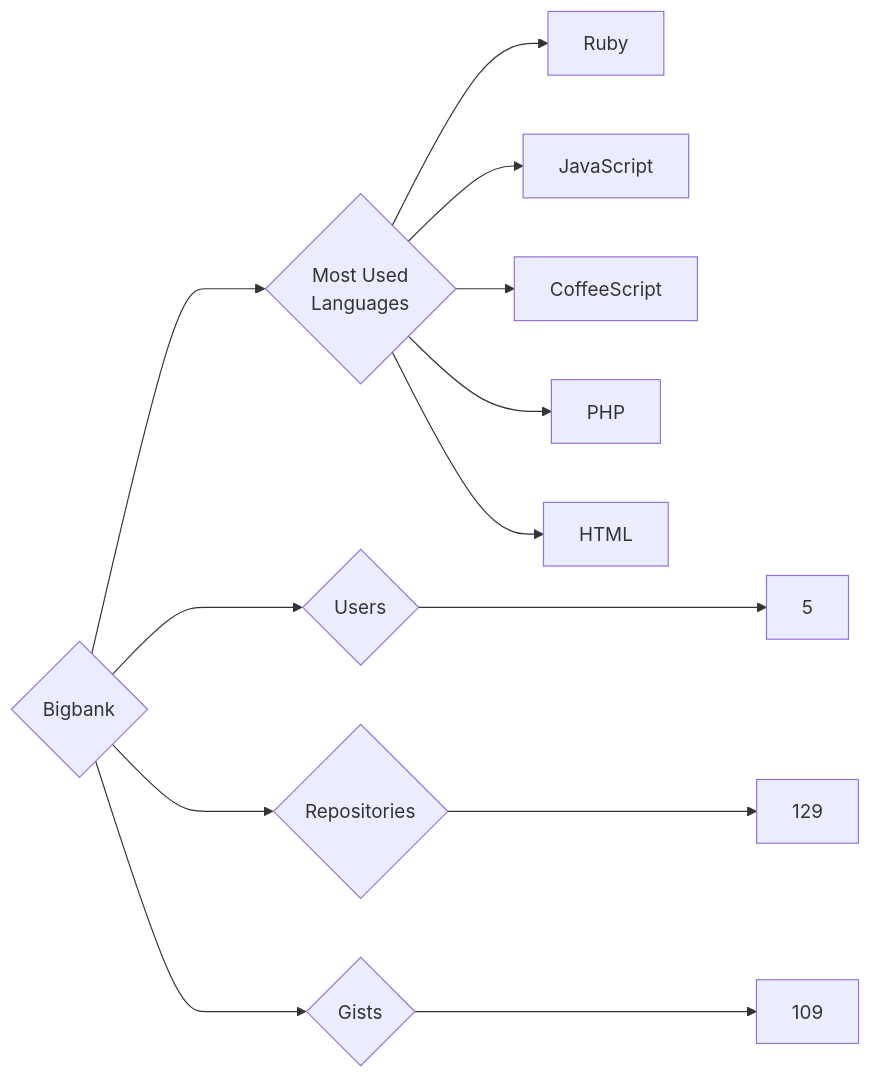
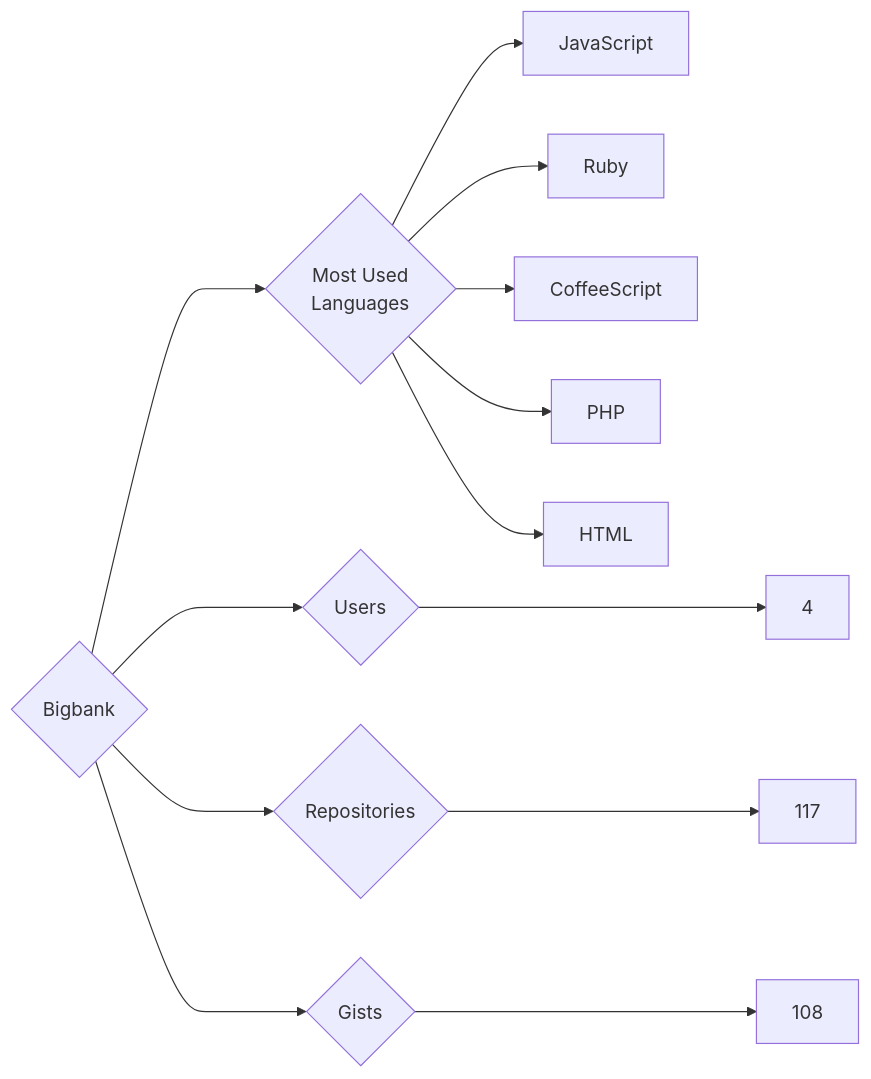
The diagram in targets/Bigbank/README.md (trickest/insiders), drawn with Mermaid before and after one commit. The commit also changed 930 other files, not shown here.

````diff
--- a/targets/Bigbank/README.md
+++ b/targets/Bigbank/README.md
@@ -3,13 +3,13 @@
 ```mermaid
 graph LR
 COMPANY_NAME{Bigbank}
-COMPANY_NAME ---> U{Users} ---> UN[5]
-COMPANY_NAME ---> R{Repositories} ---> RN[129]
-COMPANY_NAME ---> G{Gists} ---> GN[109]
+COMPANY_NAME ---> U{Users} ---> UN[4]
+COMPANY_NAME ---> R{Repositories} ---> RN[117]
+COMPANY_NAME ---> G{Gists} ---> GN[108]
 COMPANY_NAME ---> ML{Most Used<br>Languages}
+ML --> JavaScript[JavaScript]
 ML --> Ruby[Ruby]
-ML --> JavaScript[JavaScript]
 ML --> CoffeeScript[CoffeeScript]
 ML --> PHP[PHP]
 ML --> HTML[HTML]
 ```
````
